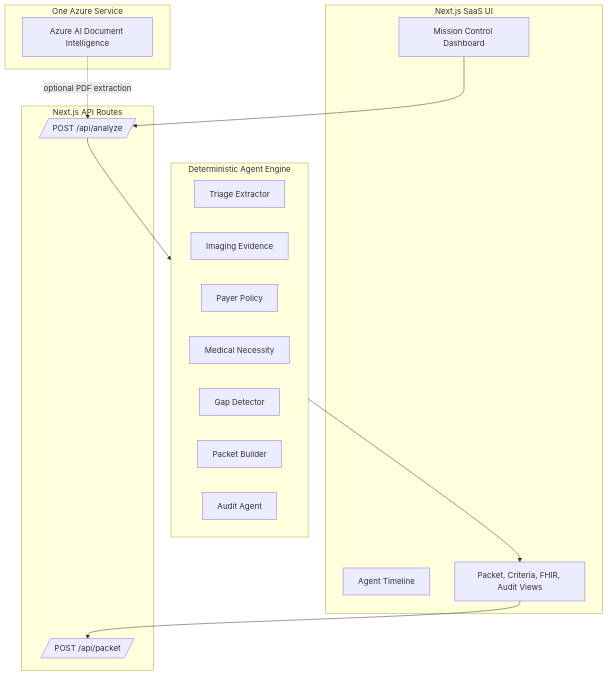
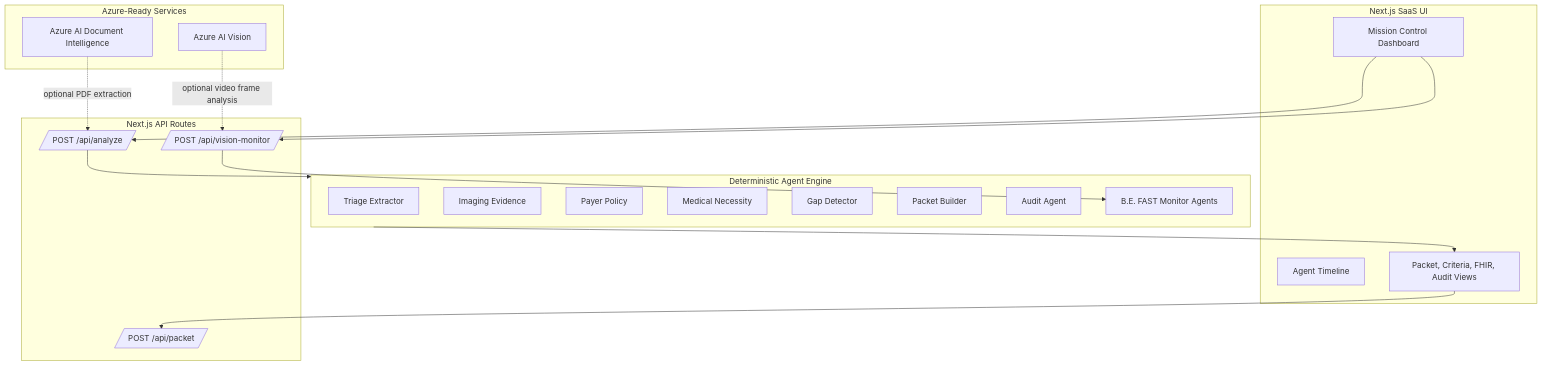
One commit to roshaninfordham/brainauthai changed the third of 4 diagrams in README.md. Above: the diagram before and after it, drawn with Mermaid. The commit also changed other lines of this file and 15 other files, not shown here.

Commit message:
feat: add BE FAST vision monitoring demo

````diff
--- a/README.md
+++ b/README.md
@@ -128,33 +142,39 @@
 ```mermaid
 flowchart TB
   subgraph Frontend[Next.js SaaS UI]
     UI[Mission Control Dashboard]
     Timeline[Agent Timeline]
     Outputs[Packet, Criteria, FHIR, Audit Views]
   end
 
   subgraph API[Next.js API Routes]
     Analyze[/POST /api/analyze/]
     Packet[/POST /api/packet/]
+    Vision[/POST /api/vision-monitor/]
   end
 
   subgraph Agents[Deterministic Agent Engine]
     Triage[Triage Extractor]
     Imaging[Imaging Evidence]
     Policy[Payer Policy]
     Necessity[Medical Necessity]
     Gaps[Gap Detector]
     Builder[Packet Builder]
     Audit[Audit Agent]
+    Fast[B.E. FAST Monitor Agents]
   end
 
-  subgraph Azure[One Azure Service]
+  subgraph Azure[Azure-Ready Services]
     DI[Azure AI Document Intelligence]
+    AIV[Azure AI Vision]
   end
 
   UI --> Analyze
   Analyze --> Agents
   Agents --> Outputs
   Outputs --> Packet
   DI -. optional PDF extraction .-> Analyze
+  UI --> Vision
+  Vision --> Fast
+  AIV -. optional video frame analysis .-> Vision
 ```
````
